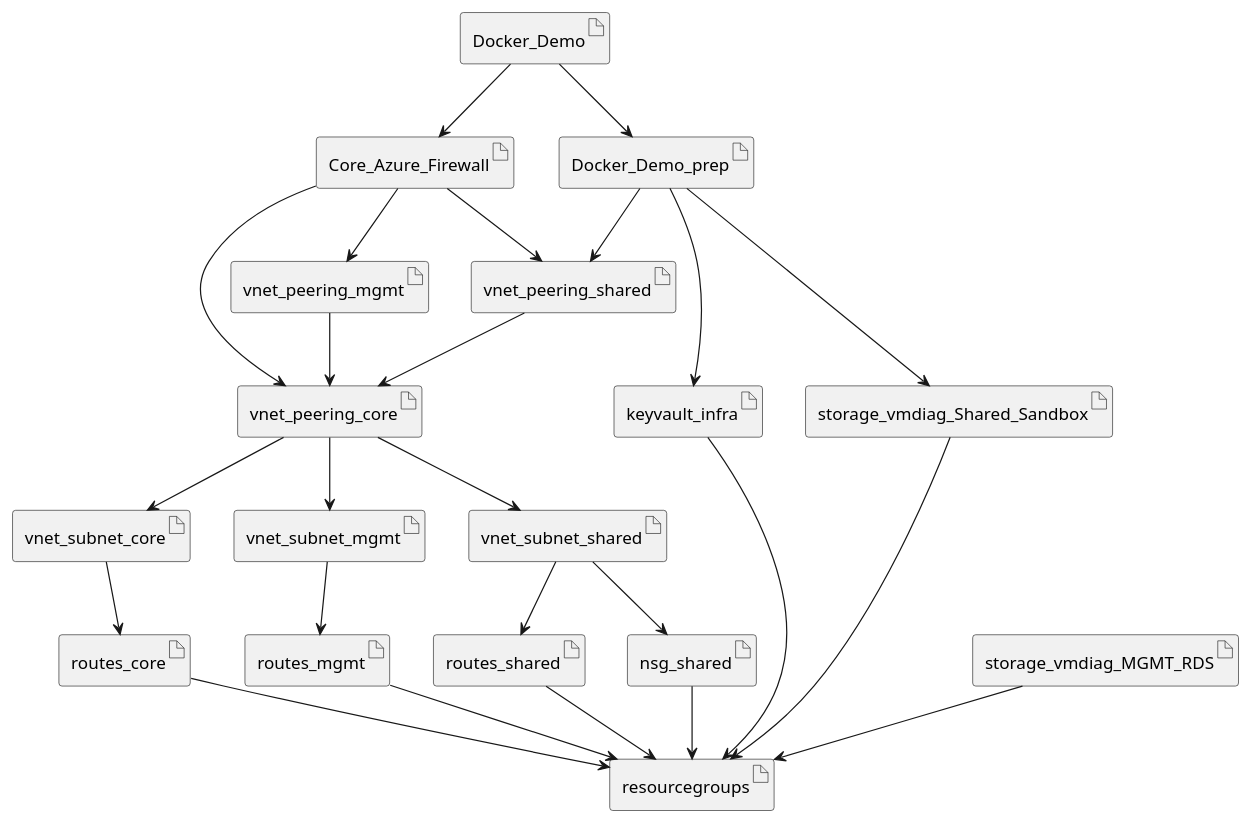
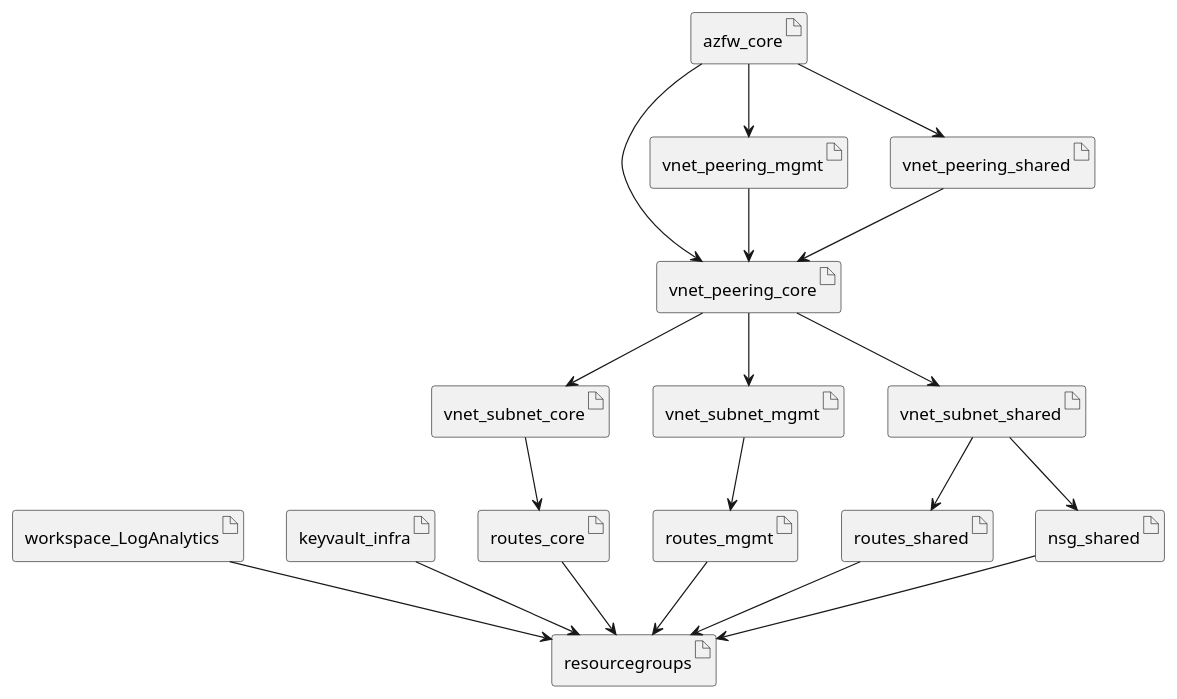
One commit to canada-ca/accelerators_accelerateurs-azure changed the diagram in Deployments/demov3/msfirewall/demo-core-msfw-nsg/diagram/dependsOn.puml. Above: the diagram before and after it, drawn with PlantUML. The commit also changed 35 other files, not shown here.

Commit message:
Updating diagrams

```diff
--- a/Deployments/demov3/msfirewall/demo-core-msfw-nsg/diagram/dependsOn.puml
+++ b/Deployments/demov3/msfirewall/demo-core-msfw-nsg/diagram/dependsOn.puml
@@ -1,46 +1,37 @@
 @startuml
 
 artifact resourcegroups
+artifact workspace_LogAnalytics
 artifact keyvault_infra
 artifact routes_core
 artifact routes_mgmt
 artifact routes_shared
 artifact nsg_shared
 artifact vnet_subnet_core
 artifact vnet_subnet_mgmt
 artifact vnet_subnet_shared
 artifact vnet_peering_core
 artifact vnet_peering_mgmt
 artifact vnet_peering_shared
-artifact storage_vmdiag_MGMT_RDS
-artifact storage_vmdiag_Shared_Sandbox
-artifact Core_Azure_Firewall
-artifact Docker_Demo_prep
-artifact Docker_Demo
+artifact azfw_core
 
+workspace_LogAnalytics --> resourcegroups
 keyvault_infra --> resourcegroups
 routes_core --> resourcegroups
 routes_mgmt --> resourcegroups
 routes_shared --> resourcegroups
 nsg_shared --> resourcegroups
 vnet_subnet_core --> routes_core
 vnet_subnet_mgmt --> routes_mgmt
 vnet_subnet_shared --> routes_shared
 vnet_subnet_shared --> nsg_shared
 vnet_peering_core --> vnet_subnet_core
 vnet_peering_core --> vnet_subnet_mgmt
 vnet_peering_core --> vnet_subnet_shared
 vnet_peering_mgmt --> vnet_peering_core
 vnet_peering_shared --> vnet_peering_core
-storage_vmdiag_MGMT_RDS --> resourcegroups
-storage_vmdiag_Shared_Sandbox --> resourcegroups
-Core_Azure_Firewall --> vnet_peering_core
-Core_Azure_Firewall --> vnet_peering_shared
-Core_Azure_Firewall --> vnet_peering_mgmt
-Docker_Demo_prep --> keyvault_infra
-Docker_Demo_prep --> storage_vmdiag_Shared_Sandbox
-Docker_Demo_prep --> vnet_peering_shared
-Docker_Demo --> Core_Azure_Firewall
-Docker_Demo --> Docker_Demo_prep
+azfw_core --> vnet_peering_core
+azfw_core --> vnet_peering_shared
+azfw_core --> vnet_peering_mgmt
 
 @enduml
```
